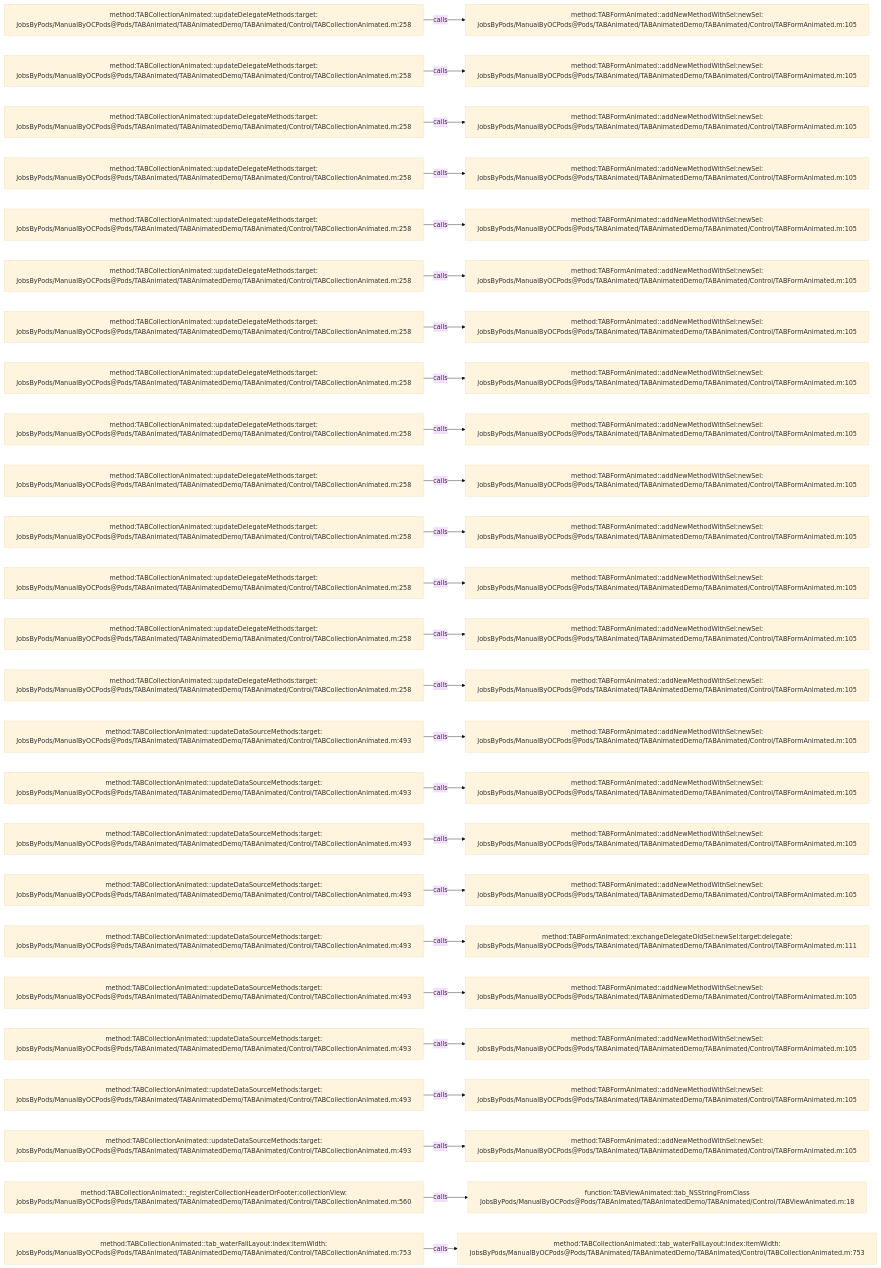
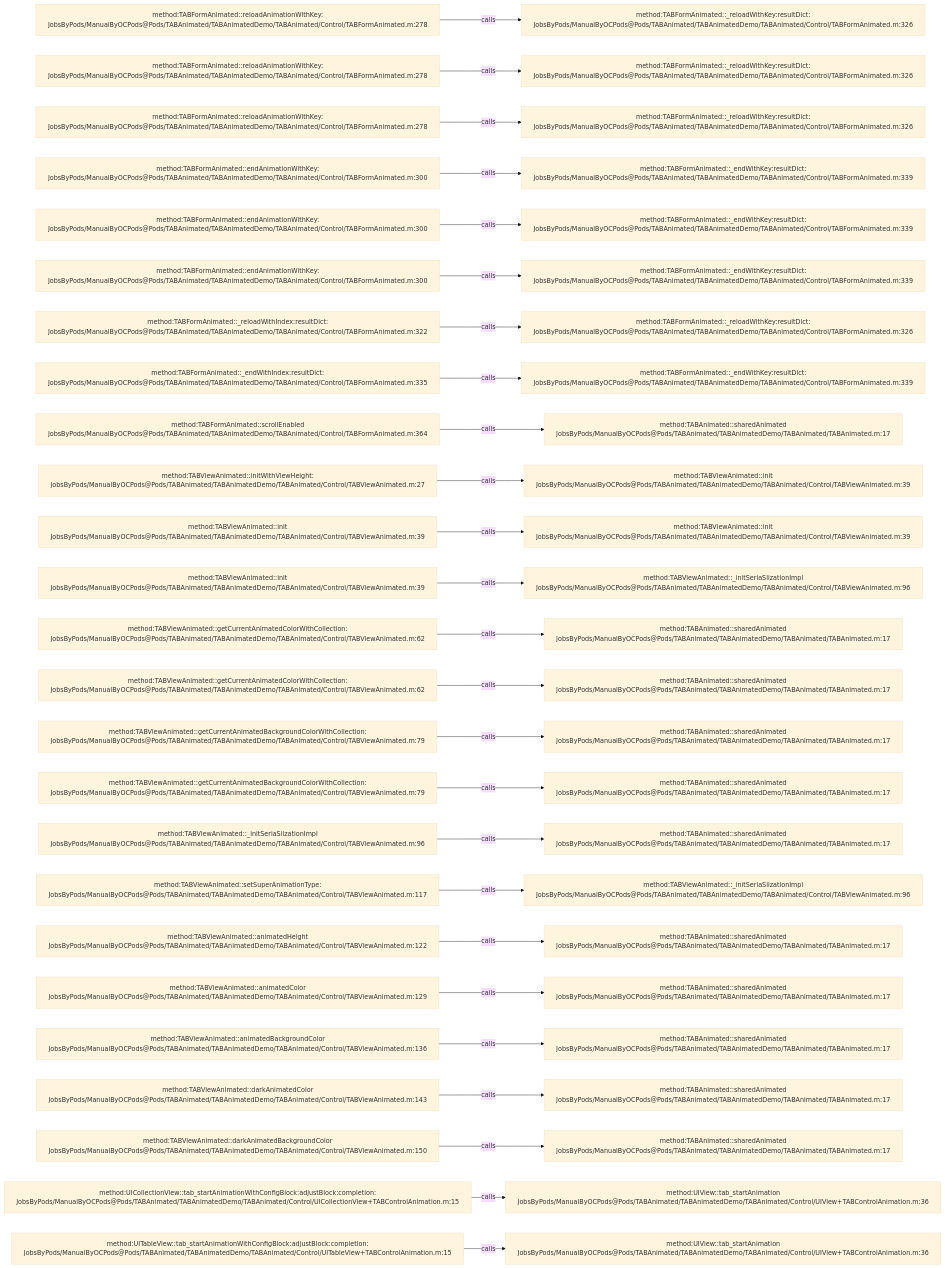
Before and after one commit to JobsKits/JobsOCBaseConfigDemo: the diagram in .codegraph/codegraph.md/graphs/calls-015.md, drawn with Mermaid (base theme). The commit also changed 2723 other files, not shown here.

````diff
--- a/.codegraph/codegraph.md/graphs/calls-015.md
+++ b/.codegraph/codegraph.md/graphs/calls-015.md
@@ -13,78 +13,78 @@
 ```mermaid
 flowchart LR
-  S1["method:TABCollectionAnimated::updateDelegateMethods:target:<br/>JobsByPods/ManualByOCPods@Pods/TABAnimated/TABAnimatedDemo/TABAnimated/Control/TABCollectionAnimated.m:258"]
-  T1["method:TABFormAnimated::addNewMethodWithSel:newSel:<br/>JobsByPods/ManualByOCPods@Pods/TABAnimated/TABAnimatedDemo/TABAnimated/Control/TABFormAnimated.m:105"]
+  S1["method:TABFormAnimated::reloadAnimationWithKey:<br/>JobsByPods/ManualByOCPods@Pods/TABAnimated/TABAnimatedDemo/TABAnimated/Control/TABFormAnimated.m:278"]
+  T1["method:TABFormAnimated::_reloadWithKey:resultDict:<br/>JobsByPods/ManualByOCPods@Pods/TABAnimated/TABAnimatedDemo/TABAnimated/Control/TABFormAnimated.m:326"]
   S1 -->|calls| T1
-  S2["method:TABCollectionAnimated::updateDelegateMethods:target:<br/>JobsByPods/ManualByOCPods@Pods/TABAnimated/TABAnimatedDemo/TABAnimated/Control/TABCollectionAnimated.m:258"]
-  T2["method:TABFormAnimated::addNewMethodWithSel:newSel:<br/>JobsByPods/ManualByOCPods@Pods/TABAnimated/TABAnimatedDemo/TABAnimated/Control/TABFormAnimated.m:105"]
+  S2["method:TABFormAnimated::reloadAnimationWithKey:<br/>JobsByPods/ManualByOCPods@Pods/TABAnimated/TABAnimatedDemo/TABAnimated/Control/TABFormAnimated.m:278"]
+  T2["method:TABFormAnimated::_reloadWithKey:resultDict:<br/>JobsByPods/ManualByOCPods@Pods/TABAnimated/TABAnimatedDemo/TABAnimated/Control/TABFormAnimated.m:326"]
   S2 -->|calls| T2
-  S3["method:TABCollectionAnimated::updateDelegateMethods:target:<br/>JobsByPods/ManualByOCPods@Pods/TABAnimated/TABAnimatedDemo/TABAnimated/Control/TABCollectionAnimated.m:258"]
-  T3["method:TABFormAnimated::addNewMethodWithSel:newSel:<br/>JobsByPods/ManualByOCPods@Pods/TABAnimated/TABAnimatedDemo/TABAnimated/Control/TABFormAnimated.m:105"]
+  S3["method:TABFormAnimated::reloadAnimationWithKey:<br/>JobsByPods/ManualByOCPods@Pods/TABAnimated/TABAnimatedDemo/TABAnimated/Control/TABFormAnimated.m:278"]
+  T3["method:TABFormAnimated::_reloadWithKey:resultDict:<br/>JobsByPods/ManualByOCPods@Pods/TABAnimated/TABAnimatedDemo/TABAnimated/Control/TABFormAnimated.m:326"]
   S3 -->|calls| T3
-  S4["method:TABCollectionAnimated::updateDelegateMethods:target:<br/>JobsByPods/ManualByOCPods@Pods/TABAnimated/TABAnimatedDemo/TABAnimated/Control/TABCollectionAnimated.m:258"]
-  T4["method:TABFormAnimated::addNewMethodWithSel:newSel:<br/>JobsByPods/ManualByOCPods@Pods/TABAnimated/TABAnimatedDemo/TABAnimated/Control/TABFormAnimated.m:105"]
+  S4["method:TABFormAnimated::endAnimationWithKey:<br/>JobsByPods/ManualByOCPods@Pods/TABAnimated/TABAnimatedDemo/TABAnimated/Control/TABFormAnimated.m:300"]
+  T4["method:TABFormAnimated::_endWithKey:resultDict:<br/>JobsByPods/ManualByOCPods@Pods/TABAnimated/TABAnimatedDemo/TABAnimated/Control/TABFormAnimated.m:339"]
   S4 -->|calls| T4
-  S5["method:TABCollectionAnimated::updateDelegateMethods:target:<br/>JobsByPods/ManualByOCPods@Pods/TABAnimated/TABAnimatedDemo/TABAnimated/Control/TABCollectionAnimated.m:258"]
-  T5["method:TABFormAnimated::addNewMethodWithSel:newSel:<br/>JobsByPods/ManualByOCPods@Pods/TABAnimated/TABAnimatedDemo/TABAnimated/Control/TABFormAnimated.m:105"]
+  S5["method:TABFormAnimated::endAnimationWithKey:<br/>JobsByPods/ManualByOCPods@Pods/TABAnimated/TABAnimatedDemo/TABAnimated/Control/TABFormAnimated.m:300"]
+  T5["method:TABFormAnimated::_endWithKey:resultDict:<br/>JobsByPods/ManualByOCPods@Pods/TABAnimated/TABAnimatedDemo/TABAnimated/Control/TABFormAnimated.m:339"]
   S5 -->|calls| T5
-  S6["method:TABCollectionAnimated::updateDelegateMethods:target:<br/>JobsByPods/ManualByOCPods@Pods/TABAnimated/TABAnimatedDemo/TABAnimated/Control/TABCollectionAnimated.m:258"]
-  T6["method:TABFormAnimated::addNewMethodWithSel:newSel:<br/>JobsByPods/ManualByOCPods@Pods/TABAnimated/TABAnimatedDemo/TABAnimated/Control/TABFormAnimated.m:105"]
+  S6["method:TABFormAnimated::endAnimationWithKey:<br/>JobsByPods/ManualByOCPods@Pods/TABAnimated/TABAnimatedDemo/TABAnimated/Control/TABFormAnimated.m:300"]
+  T6["method:TABFormAnimated::_endWithKey:resultDict:<br/>JobsByPods/ManualByOCPods@Pods/TABAnimated/TABAnimatedDemo/TABAnimated/Control/TABFormAnimated.m:339"]
   S6 -->|calls| T6
-  S7["method:TABCollectionAnimated::updateDelegateMethods:target:<br/>JobsByPods/ManualByOCPods@Pods/TABAnimated/TABAnimatedDemo/TABAnimated/Control/TABCollectionAnimated.m:258"]
-  T7["method:TABFormAnimated::addNewMethodWithSel:newSel:<br/>JobsByPods/ManualByOCPods@Pods/TABAnimated/TABAnimatedDemo/TABAnimated/Control/TABFormAnimated.m:105"]
+  S7["method:TABFormAnimated::_reloadWithIndex:resultDict:<br/>JobsByPods/ManualByOCPods@Pods/TABAnimated/TABAnimatedDemo/TABAnimated/Control/TABFormAnimated.m:322"]
+  T7["method:TABFormAnimated::_reloadWithKey:resultDict:<br/>JobsByPods/ManualByOCPods@Pods/TABAnimated/TABAnimatedDemo/TABAnimated/Control/TABFormAnimated.m:326"]
   S7 -->|calls| T7
-  S8["method:TABCollectionAnimated::updateDelegateMethods:target:<br/>JobsByPods/ManualByOCPods@Pods/TABAnimated/TABAnimatedDemo/TABAnimated/Control/TABCollectionAnimated.m:258"]
-  T8["method:TABFormAnimated::addNewMethodWithSel:newSel:<br/>JobsByPods/ManualByOCPods@Pods/TABAnimated/TABAnimatedDemo/TABAnimated/Control/TABFormAnimated.m:105"]
+  S8["method:TABFormAnimated::_endWithIndex:resultDict:<br/>JobsByPods/ManualByOCPods@Pods/TABAnimated/TABAnimatedDemo/TABAnimated/Control/TABFormAnimated.m:335"]
+  T8["method:TABFormAnimated::_endWithKey:resultDict:<br/>JobsByPods/ManualByOCPods@Pods/TABAnimated/TABAnimatedDemo/TABAnimated/Control/TABFormAnimated.m:339"]
   S8 -->|calls| T8
-  S9["method:TABCollectionAnimated::updateDelegateMethods:target:<br/>JobsByPods/ManualByOCPods@Pods/TABAnimated/TABAnimatedDemo/TABAnimated/Control/TABCollectionAnimated.m:258"]
-  T9["method:TABFormAnimated::addNewMethodWithSel:newSel:<br/>JobsByPods/ManualByOCPods@Pods/TABAnimated/TABAnimatedDemo/TABAnimated/Control/TABFormAnimated.m:105"]
+  S9["method:TABFormAnimated::scrollEnabled<br/>JobsByPods/ManualByOCPods@Pods/TABAnimated/TABAnimatedDemo/TABAnimated/Control/TABFormAnimated.m:364"]
+  T9["method:TABAnimated::sharedAnimated<br/>JobsByPods/ManualByOCPods@Pods/TABAnimated/TABAnimatedDemo/TABAnimated/TABAnimated.m:17"]
   S9 -->|calls| T9
-  S10["method:TABCollectionAnimated::updateDelegateMethods:target:<br/>JobsByPods/ManualByOCPods@Pods/TABAnimated/TABAnimatedDemo/TABAnimated/Control/TABCollectionAnimated.m:258"]
-  T10["method:TABFormAnimated::addNewMethodWithSel:newSel:<br/>JobsByPods/ManualByOCPods@Pods/TABAnimated/TABAnimatedDemo/TABAnimated/Control/TABFormAnimated.m:105"]
+  S10["method:TABViewAnimated::initWithViewHeight:<br/>JobsByPods/ManualByOCPods@Pods/TABAnimated/TABAnimatedDemo/TABAnimated/Control/TABViewAnimated.m:27"]
+  T10["method:TABViewAnimated::init<br/>JobsByPods/ManualByOCPods@Pods/TABAnimated/TABAnimatedDemo/TABAnimated/Control/TABViewAnimated.m:39"]
   S10 -->|calls| T10
-  S11["method:TABCollectionAnimated::updateDelegateMethods:target:<br/>JobsByPods/ManualByOCPods@Pods/TABAnimated/TABAnimatedDemo/TABAnimated/Control/TABCollectionAnimated.m:258"]
-  T11["method:TABFormAnimated::addNewMethodWithSel:newSel:<br/>JobsByPods/ManualByOCPods@Pods/TABAnimated/TABAnimatedDemo/TABAnimated/Control/TABFormAnimated.m:105"]
+  S11["method:TABViewAnimated::init<br/>JobsByPods/ManualByOCPods@Pods/TABAnimated/TABAnimatedDemo/TABAnimated/Control/TABViewAnimated.m:39"]
+  T11["method:TABViewAnimated::init<br/>JobsByPods/ManualByOCPods@Pods/TABAnimated/TABAnimatedDemo/TABAnimated/Control/TABViewAnimated.m:39"]
   S11 -->|calls| T11
-  S12["method:TABCollectionAnimated::updateDelegateMethods:target:<br/>JobsByPods/ManualByOCPods@Pods/TABAnimated/TABAnimatedDemo/TABAnimated/Control/TABCollectionAnimated.m:258"]
-  T12["method:TABFormAnimated::addNewMethodWithSel:newSel:<br/>JobsByPods/ManualByOCPods@Pods/TABAnimated/TABAnimatedDemo/TABAnimated/Control/TABFormAnimated.m:105"]
+  S12["method:TABViewAnimated::init<br/>JobsByPods/ManualByOCPods@Pods/TABAnimated/TABAnimatedDemo/TABAnimated/Control/TABViewAnimated.m:39"]
+  T12["method:TABViewAnimated::_initSeriaSlizationImpl<br/>JobsByPods/ManualByOCPods@Pods/TABAnimated/TABAnimatedDemo/TABAnimated/Control/TABViewAnimated.m:96"]
   S12 -->|calls| T12
-  S13["method:TABCollectionAnimated::updateDelegateMethods:target:<br/>JobsByPods/ManualByOCPods@Pods/TABAnimated/TABAnimatedDemo/TABAnimated/Control/TABCollectionAnimated.m:258"]
-  T13["method:TABFormAnimated::addNewMethodWithSel:newSel:<br/>JobsByPods/ManualByOCPods@Pods/TABAnimated/TABAnimatedDemo/TABAnimated/Control/TABFormAnimated.m:105"]
+  S13["method:TABViewAnimated::getCurrentAnimatedColorWithCollection:<br/>JobsByPods/ManualByOCPods@Pods/TABAnimated/TABAnimatedDemo/TABAnimated/Control/TABViewAnimated.m:62"]
+  T13["method:TABAnimated::sharedAnimated<br/>JobsByPods/ManualByOCPods@Pods/TABAnimated/TABAnimatedDemo/TABAnimated/TABAnimated.m:17"]
   S13 -->|calls| T13
-  S14["method:TABCollectionAnimated::updateDelegateMethods:target:<br/>JobsByPods/ManualByOCPods@Pods/TABAnimated/TABAnimatedDemo/TABAnimated/Control/TABCollectionAnimated.m:258"]
-  T14["method:TABFormAnimated::addNewMethodWithSel:newSel:<br/>JobsByPods/ManualByOCPods@Pods/TABAnimated/TABAnimatedDemo/TABAnimated/Control/TABFormAnimated.m:105"]
+  S14["method:TABViewAnimated::getCurrentAnimatedColorWithCollection:<br/>JobsByPods/ManualByOCPods@Pods/TABAnimated/TABAnimatedDemo/TABAnimated/Control/TABViewAnimated.m:62"]
+  T14["method:TABAnimated::sharedAnimated<br/>JobsByPods/ManualByOCPods@Pods/TABAnimated/TABAnimatedDemo/TABAnimated/TABAnimated.m:17"]
   S14 -->|calls| T14
-  S15["method:TABCollectionAnimated::updateDataSourceMethods:target:<br/>JobsByPods/ManualByOCPods@Pods/TABAnimated/TABAnimatedDemo/TABAnimated/Control/TABCollectionAnimated.m:493"]
-  T15["method:TABFormAnimated::addNewMethodWithSel:newSel:<br/>JobsByPods/ManualByOCPods@Pods/TABAnimated/TABAnimatedDemo/TABAnimated/Control/TABFormAnimated.m:105"]
+  S15["method:TABViewAnimated::getCurrentAnimatedBackgroundColorWithCollection:<br/>JobsByPods/ManualByOCPods@Pods/TABAnimated/TABAnimatedDemo/TABAnimated/Control/TABViewAnimated.m:79"]
+  T15["method:TABAnimated::sharedAnimated<br/>JobsByPods/ManualByOCPods@Pods/TABAnimated/TABAnimatedDemo/TABAnimated/TABAnimated.m:17"]
   S15 -->|calls| T15
-  S16["method:TABCollectionAnimated::updateDataSourceMethods:target:<br/>JobsByPods/ManualByOCPods@Pods/TABAnimated/TABAnimatedDemo/TABAnimated/Control/TABCollectionAnimated.m:493"]
-  T16["method:TABFormAnimated::addNewMethodWithSel:newSel:<br/>JobsByPods/ManualByOCPods@Pods/TABAnimated/TABAnimatedDemo/TABAnimated/Control/TABFormAnimated.m:105"]
+  S16["method:TABViewAnimated::getCurrentAnimatedBackgroundColorWithCollection:<br/>JobsByPods/ManualByOCPods@Pods/TABAnimated/TABAnimatedDemo/TABAnimated/Control/TABViewAnimated.m:79"]
+  T16["method:TABAnimated::sharedAnimated<br/>JobsByPods/ManualByOCPods@Pods/TABAnimated/TABAnimatedDemo/TABAnimated/TABAnimated.m:17"]
   S16 -->|calls| T16
-  S17["method:TABCollectionAnimated::updateDataSourceMethods:target:<br/>JobsByPods/ManualByOCPods@Pods/TABAnimated/TABAnimatedDemo/TABAnimated/Control/TABCollectionAnimated.m:493"]
-  T17["method:TABFormAnimated::addNewMethodWithSel:newSel:<br/>JobsByPods/ManualByOCPods@Pods/TABAnimated/TABAnimatedDemo/TABAnimated/Control/TABFormAnimated.m:105"]
+  S17["method:TABViewAnimated::_initSeriaSlizationImpl<br/>JobsByPods/ManualByOCPods@Pods/TABAnimated/TABAnimatedDemo/TABAnimated/Control/TABViewAnimated.m:96"]
+  T17["method:TABAnimated::sharedAnimated<br/>JobsByPods/ManualByOCPods@Pods/TABAnimated/TABAnimatedDemo/TABAnimated/TABAnimated.m:17"]
   S17 -->|calls| T17
-  S18["method:TABCollectionAnimated::updateDataSourceMethods:target:<br/>JobsByPods/ManualByOCPods@Pods/TABAnimated/TABAnimatedDemo/TABAnimated/Control/TABCollectionAnimated.m:493"]
-  T18["method:TABFormAnimated::addNewMethodWithSel:newSel:<br/>JobsByPods/ManualByOCPods@Pods/TABAnimated/TABAnimatedDemo/TABAnimated/Control/TABFormAnimated.m:105"]
+  S18["method:TABViewAnimated::setSuperAnimationType:<br/>JobsByPods/ManualByOCPods@Pods/TABAnimated/TABAnimatedDemo/TABAnimated/Control/TABViewAnimated.m:117"]
+  T18["method:TABViewAnimated::_initSeriaSlizationImpl<br/>JobsByPods/ManualByOCPods@Pods/TABAnimated/TABAnimatedDemo/TABAnimated/Control/TABViewAnimated.m:96"]
   S18 -->|calls| T18
-  S19["method:TABCollectionAnimated::updateDataSourceMethods:target:<br/>JobsByPods/ManualByOCPods@Pods/TABAnimated/TABAnimatedDemo/TABAnimated/Control/TABCollectionAnimated.m:493"]
-  T19["method:TABFormAnimated::exchangeDelegateOldSel:newSel:target:delegate:<br/>JobsByPods/ManualByOCPods@Pods/TABAnimated/TABAnimatedDemo/TABAnimated/Control/TABFormAnimated.m:111"]
+  S19["method:TABViewAnimated::animatedHeight<br/>JobsByPods/ManualByOCPods@Pods/TABAnimated/TABAnimatedDemo/TABAnimated/Control/TABViewAnimated.m:122"]
+  T19["method:TABAnimated::sharedAnimated<br/>JobsByPods/ManualByOCPods@Pods/TABAnimated/TABAnimatedDemo/TABAnimated/TABAnimated.m:17"]
   S19 -->|calls| T19
-  S20["method:TABCollectionAnimated::updateDataSourceMethods:target:<br/>JobsByPods/ManualByOCPods@Pods/TABAnimated/TABAnimatedDemo/TABAnimated/Control/TABCollectionAnimated.m:493"]
-  T20["method:TABFormAnimated::addNewMethodWithSel:newSel:<br/>JobsByPods/ManualByOCPods@Pods/TABAnimated/TABAnimatedDemo/TABAnimated/Control/TABFormAnimated.m:105"]
+  S20["method:TABViewAnimated::animatedColor<br/>JobsByPods/ManualByOCPods@Pods/TABAnimated/TABAnimatedDemo/TABAnimated/Control/TABViewAnimated.m:129"]
+  T20["method:TABAnimated::sharedAnimated<br/>JobsByPods/ManualByOCPods@Pods/TABAnimated/TABAnimatedDemo/TABAnimated/TABAnimated.m:17"]
   S20 -->|calls| T20
-  S21["method:TABCollectionAnimated::updateDataSourceMethods:target:<br/>JobsByPods/ManualByOCPods@Pods/TABAnimated/TABAnimatedDemo/TABAnimated/Control/TABCollectionAnimated.m:493"]
-  T21["method:TABFormAnimated::addNewMethodWithSel:newSel:<br/>JobsByPods/ManualByOCPods@Pods/TABAnimated/TABAnimatedDemo/TABAnimated/Control/TABFormAnimated.m:105"]
+  S21["method:TABViewAnimated::animatedBackgroundColor<br/>JobsByPods/ManualByOCPods@Pods/TABAnimated/TABAnimatedDemo/TABAnimated/Control/TABViewAnimated.m:136"]
+  T21["method:TABAnimated::sharedAnimated<br/>JobsByPods/ManualByOCPods@Pods/TABAnimated/TABAnimatedDemo/TABAnimated/TABAnimated.m:17"]
   S21 -->|calls| T21
-  S22["method:TABCollectionAnimated::updateDataSourceMethods:target:<br/>JobsByPods/ManualByOCPods@Pods/TABAnimated/TABAnimatedDemo/TABAnimated/Control/TABCollectionAnimated.m:493"]
-  T22["method:TABFormAnimated::addNewMethodWithSel:newSel:<br/>JobsByPods/ManualByOCPods@Pods/TABAnimated/TABAnimatedDemo/TABAnimated/Control/TABFormAnimated.m:105"]
+  S22["method:TABViewAnimated::darkAnimatedColor<br/>JobsByPods/ManualByOCPods@Pods/TABAnimated/TABAnimatedDemo/TABAnimated/Control/TABViewAnimated.m:143"]
+  T22["method:TABAnimated::sharedAnimated<br/>JobsByPods/ManualByOCPods@Pods/TABAnimated/TABAnimatedDemo/TABAnimated/TABAnimated.m:17"]
   S22 -->|calls| T22
-  S23["method:TABCollectionAnimated::updateDataSourceMethods:target:<br/>JobsByPods/ManualByOCPods@Pods/TABAnimated/TABAnimatedDemo/TABAnimated/Control/TABCollectionAnimated.m:493"]
-  T23["method:TABFormAnimated::addNewMethodWithSel:newSel:<br/>JobsByPods/ManualByOCPods@Pods/TABAnimated/TABAnimatedDemo/TABAnimated/Control/TABFormAnimated.m:105"]
+  S23["method:TABViewAnimated::darkAnimatedBackgroundColor<br/>JobsByPods/ManualByOCPods@Pods/TABAnimated/TABAnimatedDemo/TABAnimated/Control/TABViewAnimated.m:150"]
+  T23["method:TABAnimated::sharedAnimated<br/>JobsByPods/ManualByOCPods@Pods/TABAnimated/TABAnimatedDemo/TABAnimated/TABAnimated.m:17"]
   S23 -->|calls| T23
-  S24["method:TABCollectionAnimated::_registerCollectionHeaderOrFooter:collectionView:<br/>JobsByPods/ManualByOCPods@Pods/TABAnimated/TABAnimatedDemo/TABAnimated/Control/TABCollectionAnimated.m:560"]
-  T24["function:TABViewAnimated::tab_NSStringFromClass<br/>JobsByPods/ManualByOCPods@Pods/TABAnimated/TABAnimatedDemo/TABAnimated/Control/TABViewAnimated.m:18"]
+  S24["method:UICollectionView::tab_startAnimationWithConfigBlock:adjustBlock:completion:<br/>JobsByPods/ManualByOCPods@Pods/TABAnimated/TABAnimatedDemo/TABAnimated/Control/UICollectionView+TABControlAnimation.m:15"]
+  T24["method:UIView::tab_startAnimation<br/>JobsByPods/ManualByOCPods@Pods/TABAnimated/TABAnimatedDemo/TABAnimated/Control/UIView+TABControlAnimation.m:36"]
   S24 -->|calls| T24
-  S25["method:TABCollectionAnimated::tab_waterFallLayout:index:itemWidth:<br/>JobsByPods/ManualByOCPods@Pods/TABAnimated/TABAnimatedDemo/TABAnimated/Control/TABCollectionAnimated.m:753"]
-  T25["method:TABCollectionAnimated::tab_waterFallLayout:index:itemWidth:<br/>JobsByPods/ManualByOCPods@Pods/TABAnimated/TABAnimatedDemo/TABAnimated/Control/TABCollectionAnimated.m:753"]
+  S25["method:UITableView::tab_startAnimationWithConfigBlock:adjustBlock:completion:<br/>JobsByPods/ManualByOCPods@Pods/TABAnimated/TABAnimatedDemo/TABAnimated/Control/UITableView+TABControlAnimation.m:15"]
+  T25["method:UIView::tab_startAnimation<br/>JobsByPods/ManualByOCPods@Pods/TABAnimated/TABAnimatedDemo/TABAnimated/Control/UIView+TABControlAnimation.m:36"]
   S25 -->|calls| T25
 ```
````
